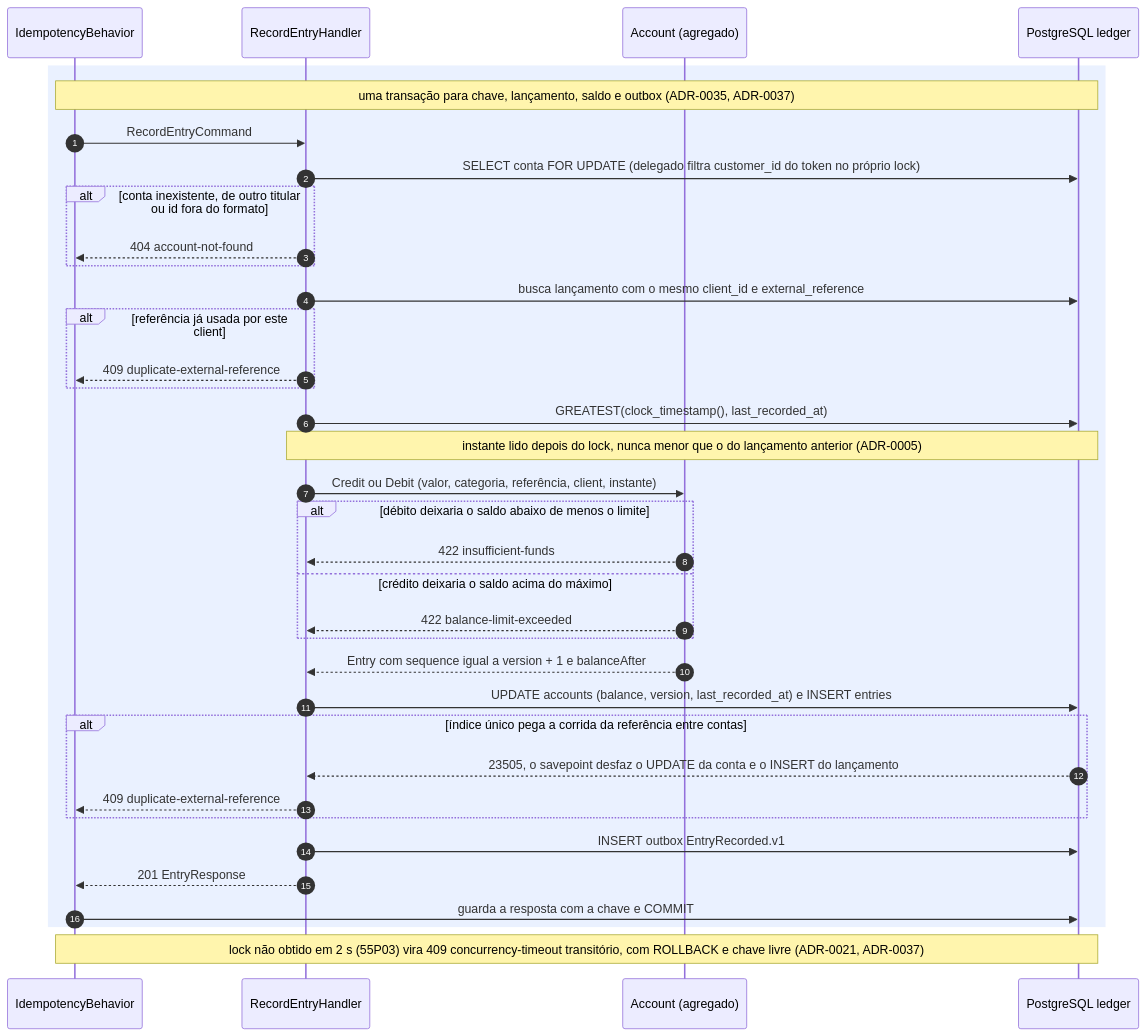
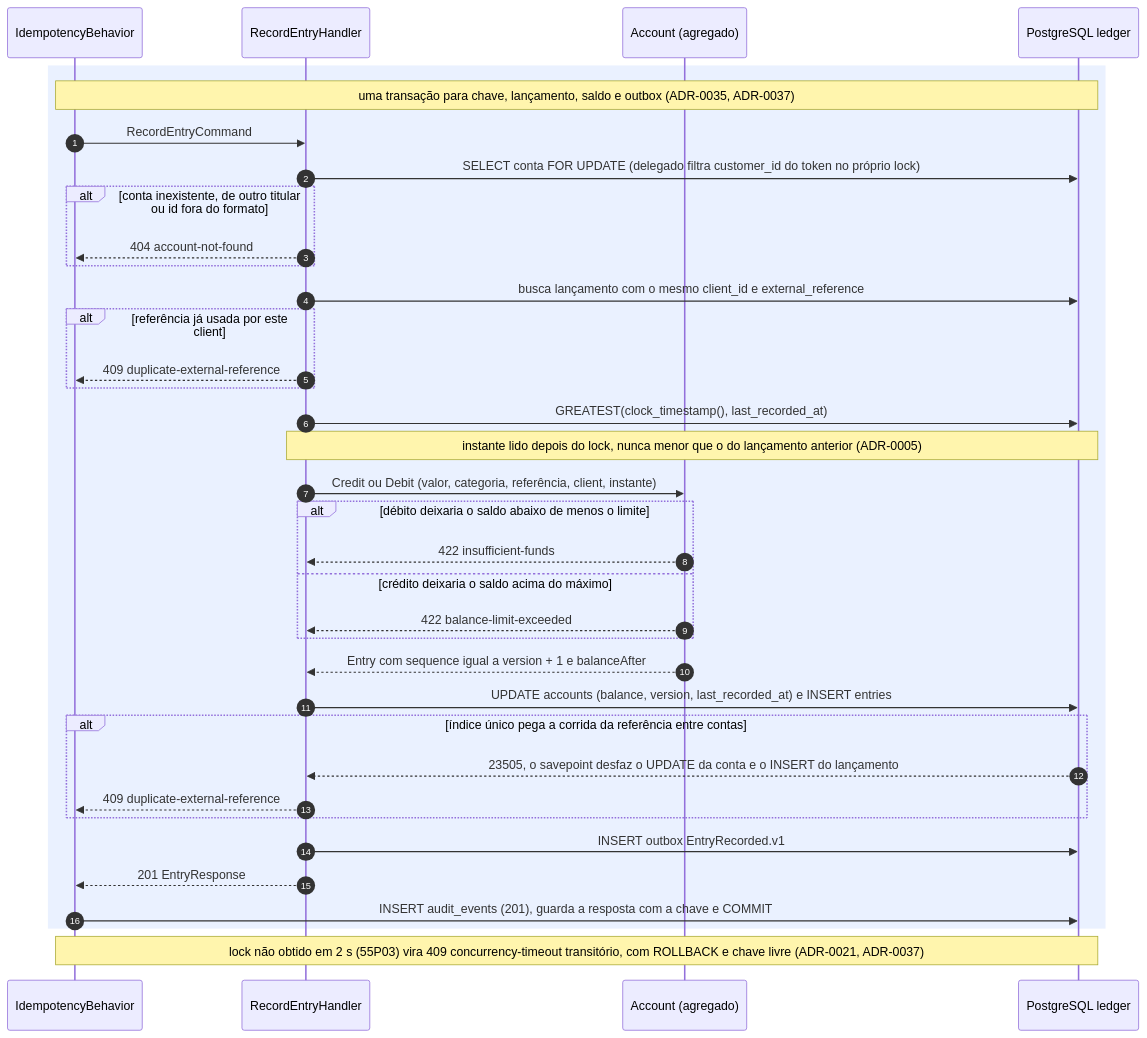
One commit to arthuurw/desafio-arquiteto-keyrus changed the first of 8 diagrams in docs/arquitetura/fluxos-ledger.md. Above: the diagram before and after it, drawn with Mermaid. The commit also changed other lines of this file and 33 other files, not shown here.

````diff
--- a/docs/arquitetura/fluxos-ledger.md
+++ b/docs/arquitetura/fluxos-ledger.md
@@ -13,39 +16,39 @@
 ```mermaid
 sequenceDiagram
   autonumber
   participant B as IdempotencyBehavior
   participant H as RecordEntryHandler
   participant A as Account (agregado)
   participant DB as PostgreSQL ledger
 
   rect rgba(80, 140, 255, 0.12)
     Note over B,DB: uma transação para chave, lançamento, saldo e outbox (ADR-0035, ADR-0037)
     B->>H: RecordEntryCommand
     H->>DB: SELECT conta FOR UPDATE (delegado filtra customer_id do token no próprio lock)
     alt conta inexistente, de outro titular ou id fora do formato
       H-->>B: 404 account-not-found
     end
     H->>DB: busca lançamento com o mesmo client_id e external_reference
     alt referência já usada por este client
       H-->>B: 409 duplicate-external-reference
     end
     H->>DB: GREATEST(clock_timestamp(), last_recorded_at)
     Note over H,DB: instante lido depois do lock, nunca menor que o do lançamento anterior (ADR-0005)
     H->>A: Credit ou Debit (valor, categoria, referência, client, instante)
     alt débito deixaria o saldo abaixo de menos o limite
       A-->>H: 422 insufficient-funds
     else crédito deixaria o saldo acima do máximo
       A-->>H: 422 balance-limit-exceeded
     end
     A-->>H: Entry com sequence igual a version + 1 e balanceAfter
     H->>DB: UPDATE accounts (balance, version, last_recorded_at) e INSERT entries
     alt índice único pega a corrida da referência entre contas
       DB-->>H: 23505, o savepoint desfaz o UPDATE da conta e o INSERT do lançamento
       H-->>B: 409 duplicate-external-reference
     end
     H->>DB: INSERT outbox EntryRecorded.v1
     H-->>B: 201 EntryResponse
-    B->>DB: guarda a resposta com a chave e COMMIT
+    B->>DB: INSERT audit_events (201), guarda a resposta com a chave e COMMIT
   end
   Note over B,DB: lock não obtido em 2 s (55P03) vira 409 concurrency-timeout transitório, com ROLLBACK e chave livre (ADR-0021, ADR-0037)
 ```
````
